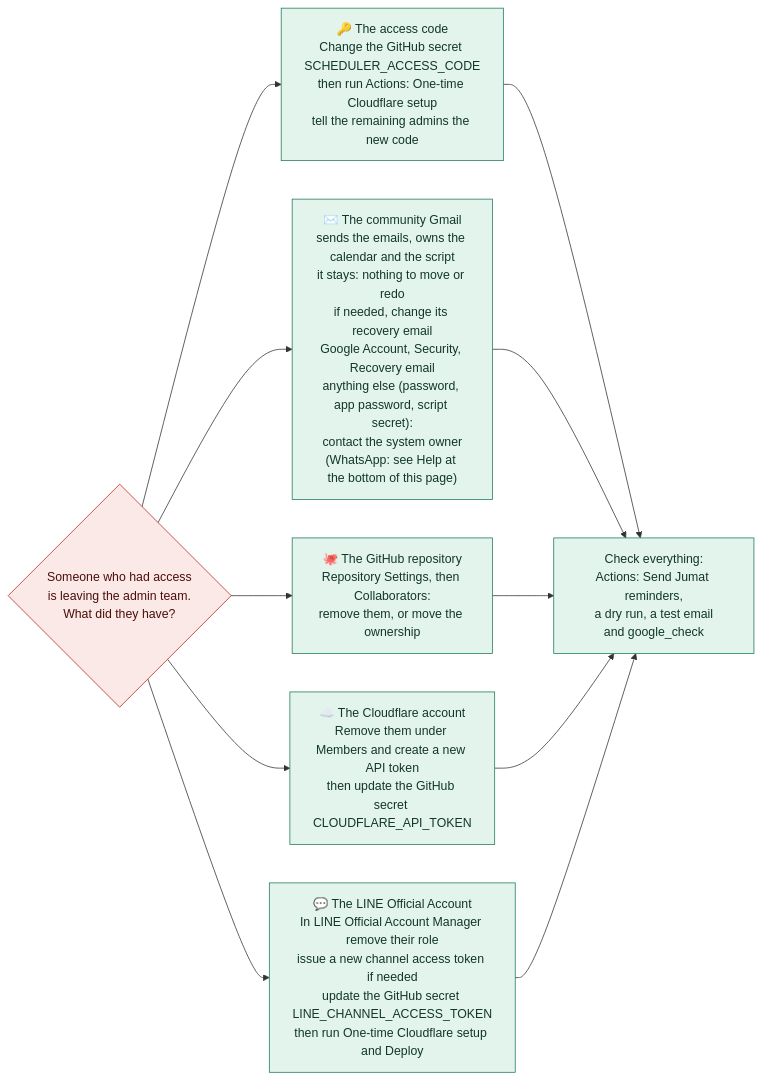
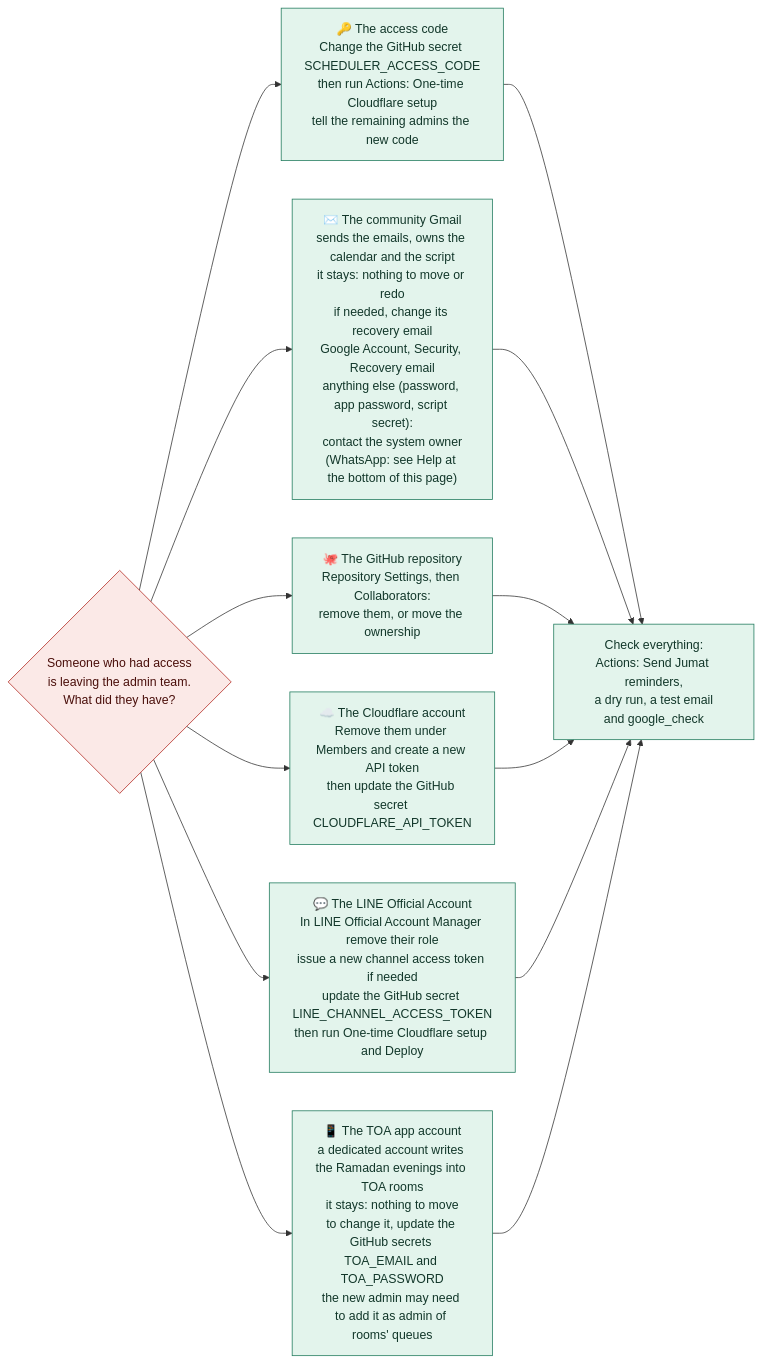
One commit to mushaffarasyidridha/Jumat-Scheduler-NAIST changed diagram 12 of 14 in docs/GUIDE.md. Above: the diagram before and after it, drawn with Mermaid. The commit also changed other lines of this file and 20 other files, not shown here.

First line of the commit message:
TOA: add Ramadan evenings to linked TOA room queues

````diff
--- a/docs/GUIDE.md
+++ b/docs/GUIDE.md
@@ -481,20 +491,22 @@
 ```mermaid
 flowchart LR
   B{"Someone who had access<br/>is leaving the admin team.<br/>What did they have?"}
   B --> D1["🔑 The access code<br/>Change the GitHub secret SCHEDULER_ACCESS_CODE<br/>then run Actions: One-time Cloudflare setup<br/>tell the remaining admins the new code"]
   B --> D2["✉️ The community Gmail<br/>sends the emails, owns the calendar and the script<br/>it stays: nothing to move or redo<br/>if needed, change its recovery email<br/>Google Account, Security, Recovery email<br/>anything else (password, app password, script secret):<br/>contact the system owner<br/>(WhatsApp: see Help at the bottom of this page)"]
   B --> D3["🐙 The GitHub repository<br/>Repository Settings, then Collaborators:<br/>remove them, or move the ownership"]
   B --> D4["☁️ The Cloudflare account<br/>Remove them under Members and create a new API token<br/>then update the GitHub secret CLOUDFLARE_API_TOKEN"]
   B --> D5["💬 The LINE Official Account<br/>In LINE Official Account Manager remove their role<br/>issue a new channel access token if needed<br/>update the GitHub secret LINE_CHANNEL_ACCESS_TOKEN<br/>then run One-time Cloudflare setup and Deploy"]
 
+  B --> D6["📱 The TOA app account<br/>a dedicated account writes the Ramadan evenings into TOA rooms<br/>it stays: nothing to move<br/>to change it, update the GitHub secrets TOA_EMAIL and TOA_PASSWORD<br/>the new admin may need to add it as admin of rooms' queues"]
   D1 --> E["Check everything:<br/>Actions: Send Jumat reminders,<br/>a dry run, a test email<br/>and google_check"]
   D2 --> E
   D3 --> E
   D4 --> E
   D5 --> E
+  D6 --> E
 
   classDef admin fill:#e3f4ec,stroke:#1f7a5c,color:#12372a
   classDef warn fill:#fbe9e7,stroke:#b3261e,color:#4a0f0b
   class B warn
-  class D1,D2,D3,D4,D5,E admin
+  class D1,D2,D3,D4,D5,D6,E admin
 ```
````
